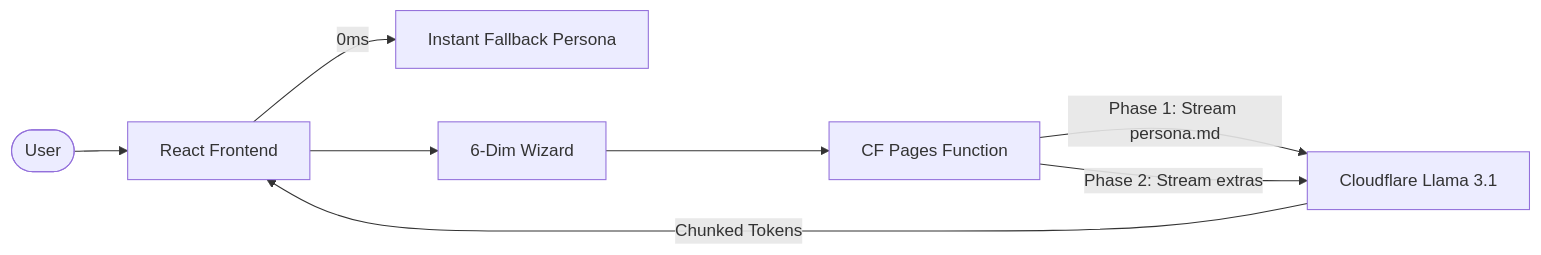
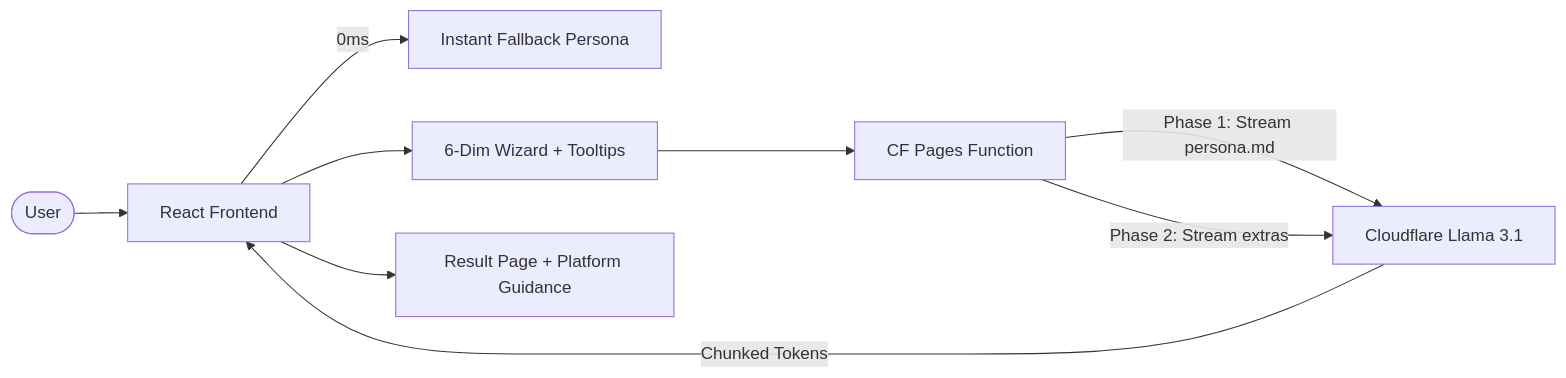
One commit to bejranonda/PersonaBuilder changed the diagram in README.md. Above: the diagram before and after it, drawn with Mermaid. The commit also changed other lines of this file and 10 other files, not shown here.

````diff
--- a/README.md
+++ b/README.md
@@ -83,10 +86,11 @@
 ```mermaid
 flowchart LR
     User([User]) --> UI[React Frontend]
     UI -->|0ms| Fallback[Instant Fallback Persona]
-    UI --> Wiz[6-Dim Wizard]
+    UI --> Wiz[6-Dim Wizard + Tooltips]
     Wiz --> Proxy[CF Pages Function]
     Proxy -- Phase 1: Stream persona.md --> AI[Cloudflare Llama 3.1]
     Proxy -- Phase 2: Stream extras --> AI
     AI -- Chunked Tokens --> UI
+    UI --> Result[Result Page + Platform Guidance]
 ```
````
